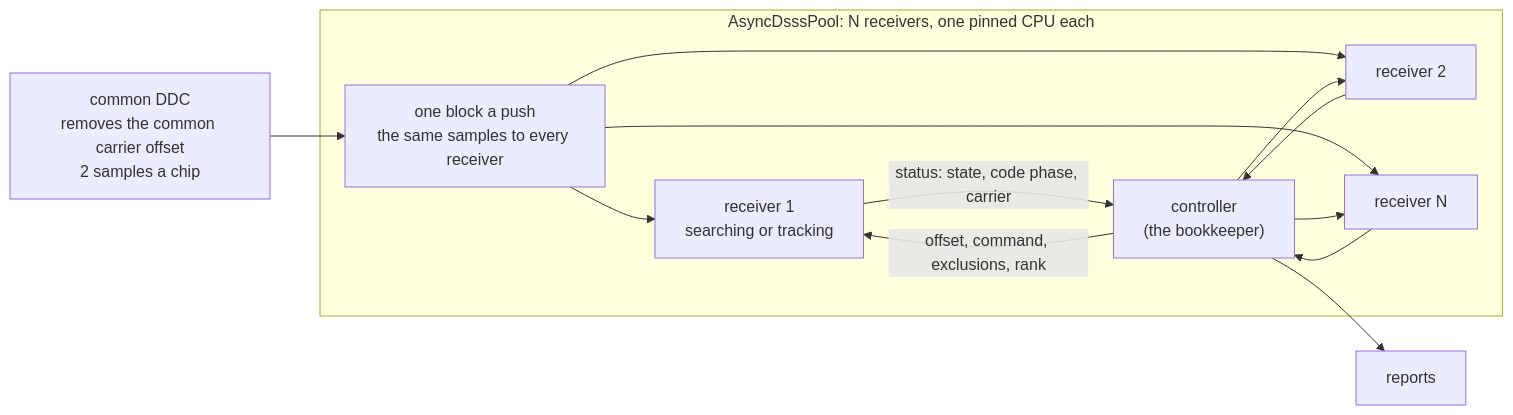
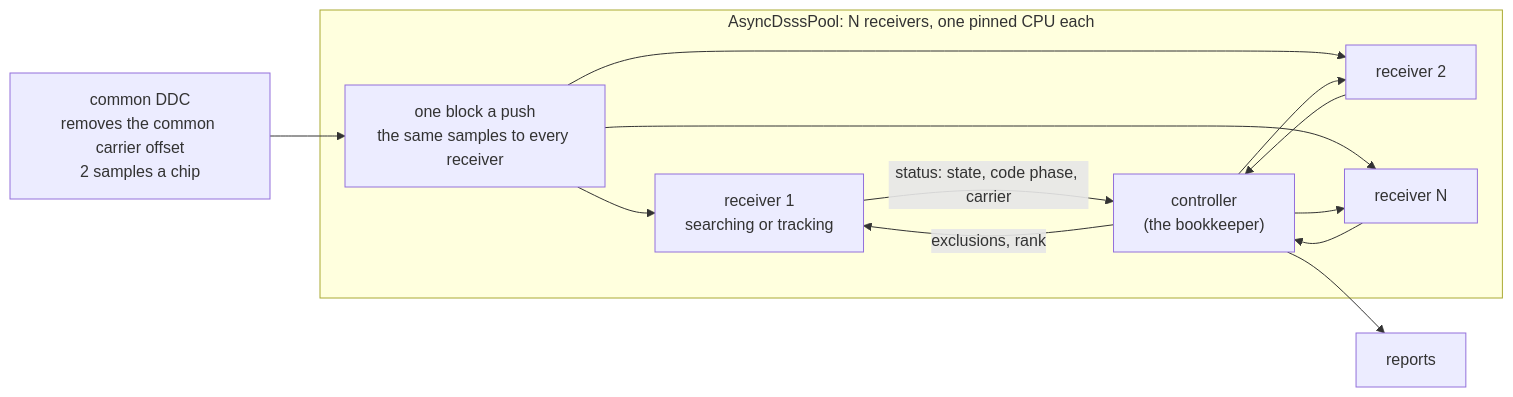
One commit to doppler-dsp/doppler changed the diagram in docs/design/async-dsss-parallel.md. Above: the diagram before and after it, drawn with Mermaid. The commit also changed other lines of this file, not shown here.

````diff
--- a/docs/design/async-dsss-parallel.md
+++ b/docs/design/async-dsss-parallel.md
@@ -65,16 +70,16 @@
 ```mermaid
 flowchart LR
     DDC["common DDC<br/>removes the common carrier offset<br/>2 samples a chip"] --> B["one block a push<br/>the same samples to every receiver"]
     subgraph POOL["AsyncDsssPool: N receivers, one pinned CPU each"]
         B --> R1["receiver 1<br/>searching or tracking"]
         B --> R2["receiver 2"]
         B --> RN["receiver N"]
         R1 -->|"status: state, code phase, carrier"| C["controller<br/>(the bookkeeper)"]
         R2 --> C
         RN --> C
-        C -->|"offset, command, exclusions, rank"| R1
+        C -->|"exclusions, rank"| R1
         C --> R2
         C --> RN
     end
     C --> OUT["reports"]
 ```
````
